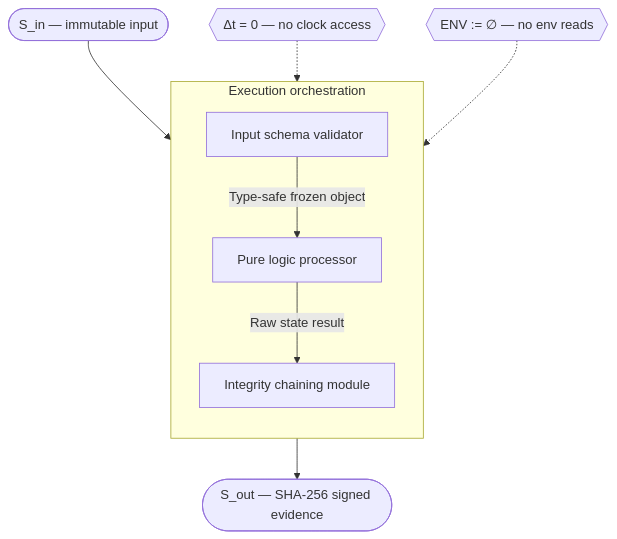
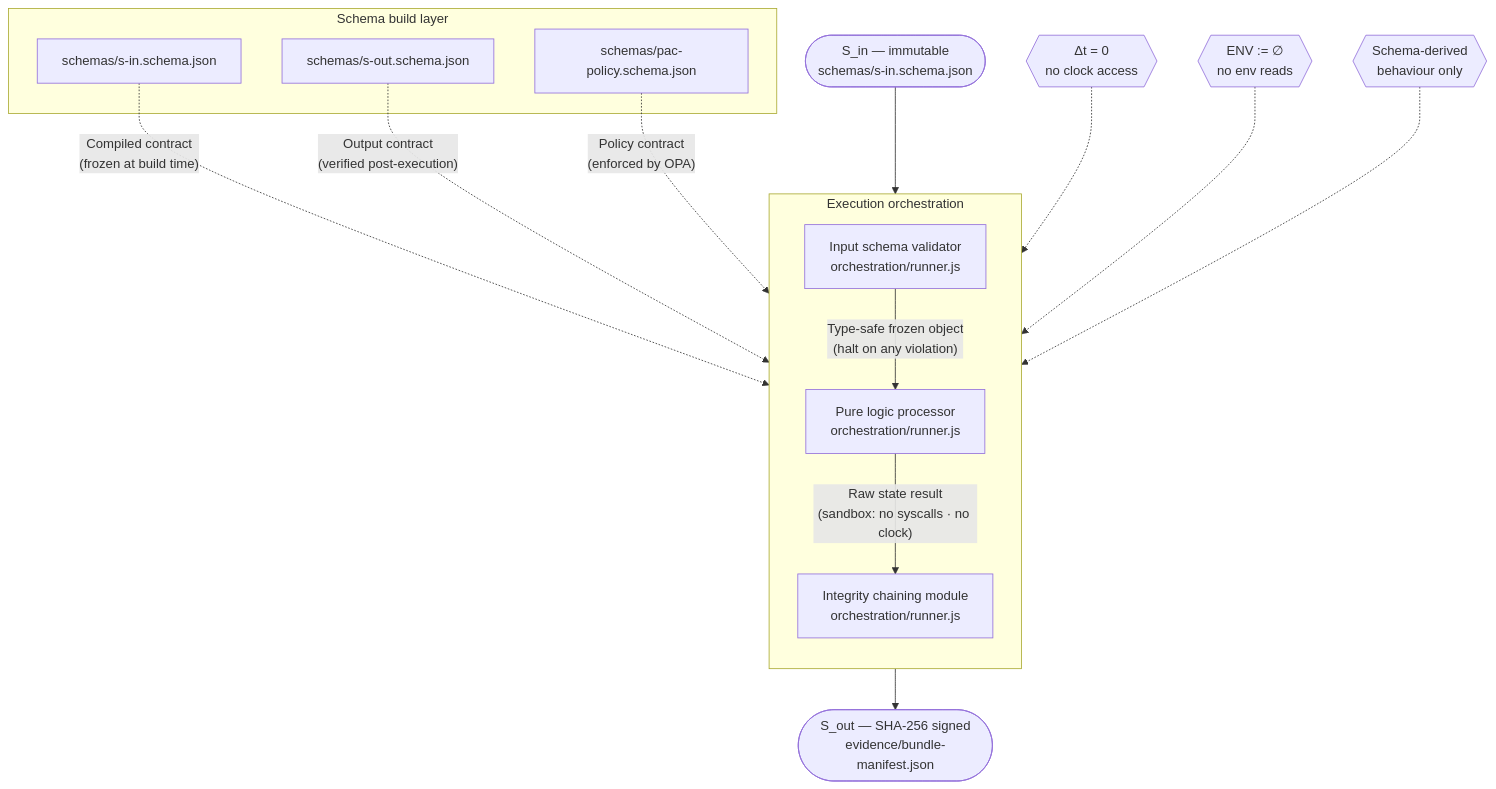
The third of 3 diagrams in README.md (whatheheckisthis/Intent-to-Auditable-Trust-Object-Index), drawn with Mermaid before and after one commit. The commit also changed other lines of this file, not shown here.

````diff
--- a/README.md
+++ b/README.md
@@ -134,19 +262,31 @@
 ```mermaid
 flowchart TD
+    subgraph Schema_Compilation [Schema build layer]
+        SC1[schemas/s-in.schema.json]
+        SC2[schemas/s-out.schema.json]
+        SC3[schemas/pac-policy.schema.json]
+    end
+
     subgraph Execution_Container [Execution orchestration]
         direction TB
-        C1[Input schema validator]
-        C2[Pure logic processor]
-        C3[Integrity chaining module]
+        C1[Input schema validator\norchestration/runner.js]
+        C2[Pure logic processor\norchestration/runner.js]
+        C3[Integrity chaining module\norchestration/runner.js]
     end
 
-    Input(["S_in — immutable input"]) --> C1
-    C1 -->|Type-safe frozen object| C2
-    C2 -->|Raw state result| C3
-    C3 --> Output(["S_out — SHA-256 signed evidence"])
+    SC1 -.->|"Compiled contract\n(frozen at build time)"| C1
+    SC2 -.->|"Output contract\n(verified post-execution)"| C3
+    SC3 -.->|"Policy contract\n(enforced by OPA)"| C2
 
-    note1{{Δt = 0 — no clock access}}
+    Input(["S_in — immutable\nschemas/s-in.schema.json"]) --> C1
+    C1 -->|"Type-safe frozen object\n(halt on any violation)"| C2
+    C2 -->|"Raw state result\n(sandbox: no syscalls · no clock)"| C3
+    C3 --> Output(["S_out — SHA-256 signed\nevidence/bundle-manifest.json"])
+
+    note1{{"Δt = 0\nno clock access"}}
     note1 -.-> C2
-    note2{{"ENV := ∅ — no env reads"}}
+    note2{{"ENV := ∅\nno env reads"}}
     note2 -.-> C2
+    note3{{"Schema-derived\nbehaviour only"}}
+    note3 -.-> C1
 ```
````
